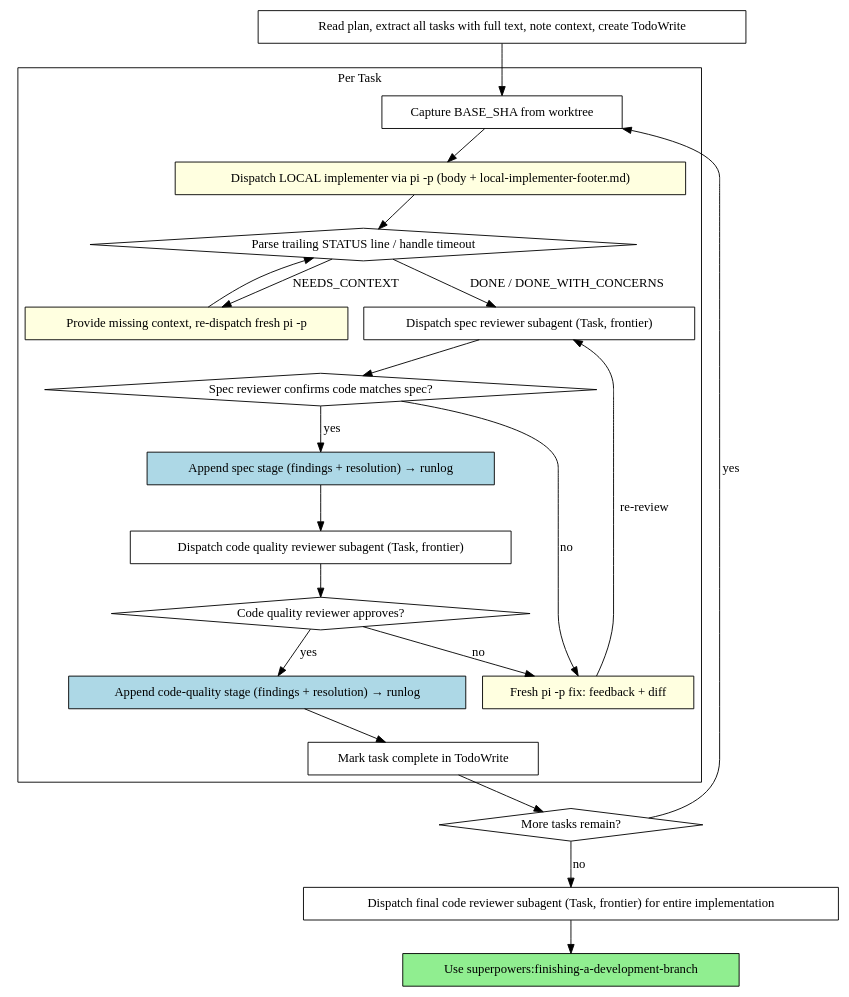
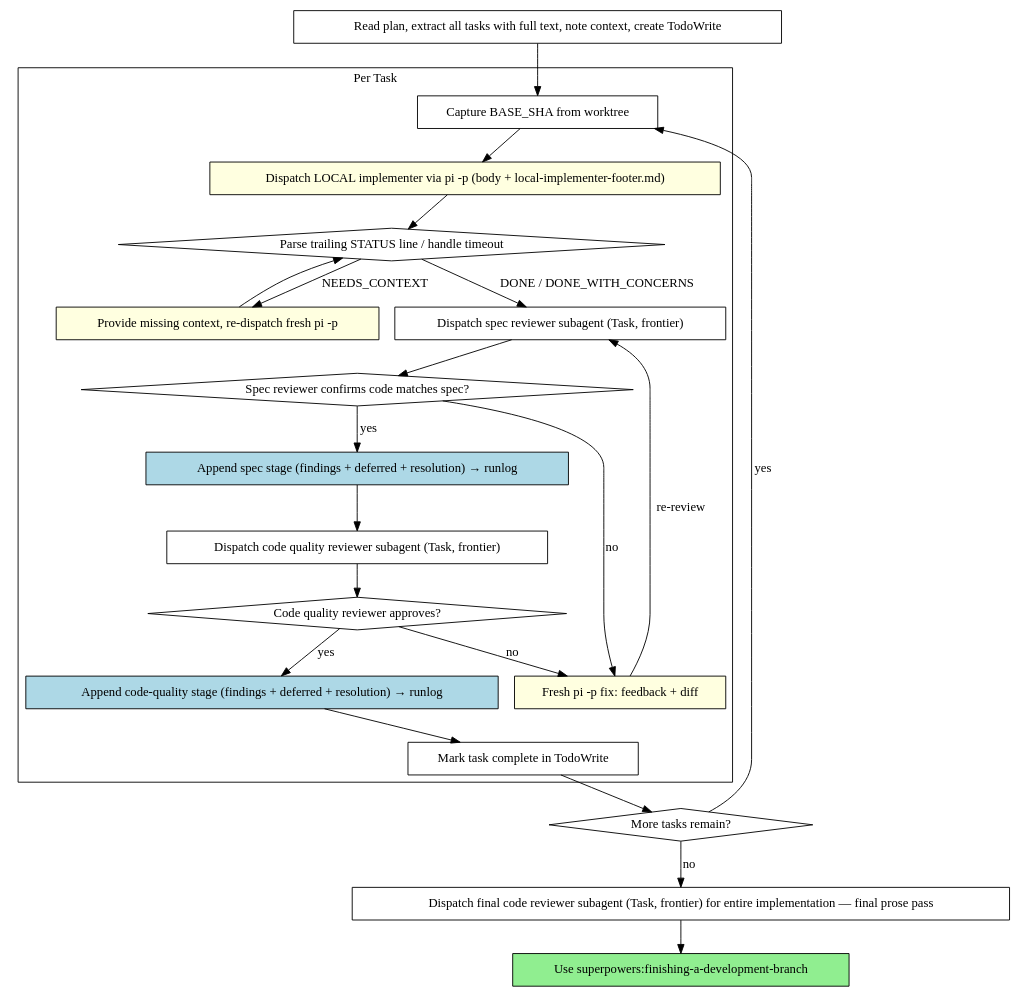
The diagram in skills/steward-local-sdd/SKILL.md (GeorgeLautenschlager/steward), drawn with Graphviz before and after one commit. The commit also changed other lines of this file and 1 other file, not shown here.

First line of the commit message:
Split the review bar: blocking correctness per round, prose once at the final pass (#29)

````diff
--- a/skills/steward-local-sdd/SKILL.md
+++ b/skills/steward-local-sdd/SKILL.md
@@ -92,46 +92,46 @@
 ```dot
 digraph process {
     rankdir=TB;
 
     subgraph cluster_per_task {
         label="Per Task";
         "Capture BASE_SHA from worktree" [shape=box];
         "Dispatch LOCAL implementer via pi -p (body + local-implementer-footer.md)" [shape=box style=filled fillcolor=lightyellow];
         "Parse trailing STATUS line / handle timeout" [shape=diamond];
         "Provide missing context, re-dispatch fresh pi -p" [shape=box style=filled fillcolor=lightyellow];
         "Dispatch spec reviewer subagent (Task, frontier)" [shape=box];
         "Spec reviewer confirms code matches spec?" [shape=diamond];
-        "Append spec stage (findings + resolution) → runlog" [shape=box style=filled fillcolor=lightblue];
+        "Append spec stage (findings + deferred + resolution) → runlog" [shape=box style=filled fillcolor=lightblue];
         "Fresh pi -p fix: feedback + diff" [shape=box style=filled fillcolor=lightyellow];
         "Dispatch code quality reviewer subagent (Task, frontier)" [shape=box];
         "Code quality reviewer approves?" [shape=diamond];
-        "Append code-quality stage (findings + resolution) → runlog" [shape=box style=filled fillcolor=lightblue];
+        "Append code-quality stage (findings + deferred + resolution) → runlog" [shape=box style=filled fillcolor=lightblue];
         "Mark task complete in TodoWrite" [shape=box];
     }
 
     "Read plan, extract all tasks with full text, note context, create TodoWrite" [shape=box];
     "More tasks remain?" [shape=diamond];
-    "Dispatch final code reviewer subagent (Task, frontier) for entire implementation" [shape=box];
+    "Dispatch final code reviewer subagent (Task, frontier) for entire implementation — final prose pass" [shape=box];
     "Use superpowers:finishing-a-development-branch" [shape=box style=filled fillcolor=lightgreen];
 
     "Read plan, extract all tasks with full text, note context, create TodoWrite" -> "Capture BASE_SHA from worktree";
     "Capture BASE_SHA from worktree" -> "Dispatch LOCAL implementer via pi -p (body + local-implementer-footer.md)";
     "Dispatch LOCAL implementer via pi -p (body + local-implementer-footer.md)" -> "Parse trailing STATUS line / handle timeout";
     "Parse trailing STATUS line / handle timeout" -> "Provide missing context, re-dispatch fresh pi -p" [label="NEEDS_CONTEXT"];
     "Provide missing context, re-dispatch fresh pi -p" -> "Parse trailing STATUS line / handle timeout";
     "Parse trailing STATUS line / handle timeout" -> "Dispatch spec reviewer subagent (Task, frontier)" [label="DONE / DONE_WITH_CONCERNS"];
     "Dispatch spec reviewer subagent (Task, frontier)" -> "Spec reviewer confirms code matches spec?";
     "Spec reviewer confirms code matches spec?" -> "Fresh pi -p fix: feedback + diff" [label="no"];
     "Fresh pi -p fix: feedback + diff" -> "Dispatch spec reviewer subagent (Task, frontier)" [label="re-review"];
-    "Spec reviewer confirms code matches spec?" -> "Append spec stage (findings + resolution) → runlog" [label="yes"];
-    "Append spec stage (findings + resolution) → runlog" -> "Dispatch code quality reviewer subagent (Task, frontier)";
+    "Spec reviewer confirms code matches spec?" -> "Append spec stage (findings + deferred + resolution) → runlog" [label="yes"];
+    "Append spec stage (findings + deferred + resolution) → runlog" -> "Dispatch code quality reviewer subagent (Task, frontier)";
     "Dispatch code quality reviewer subagent (Task, frontier)" -> "Code quality reviewer approves?";
     "Code quality reviewer approves?" -> "Fresh pi -p fix: feedback + diff" [label="no"];
-    "Code quality reviewer approves?" -> "Append code-quality stage (findings + resolution) → runlog" [label="yes"];
-    "Append code-quality stage (findings + resolution) → runlog" -> "Mark task complete in TodoWrite";
+    "Code quality reviewer approves?" -> "Append code-quality stage (findings + deferred + resolution) → runlog" [label="yes"];
+    "Append code-quality stage (findings + deferred + resolution) → runlog" -> "Mark task complete in TodoWrite";
     "Mark task complete in TodoWrite" -> "More tasks remain?";
     "More tasks remain?" -> "Capture BASE_SHA from worktree" [label="yes"];
-    "More tasks remain?" -> "Dispatch final code reviewer subagent (Task, frontier) for entire implementation" [label="no"];
-    "Dispatch final code reviewer subagent (Task, frontier) for entire implementation" -> "Use superpowers:finishing-a-development-branch";
+    "More tasks remain?" -> "Dispatch final code reviewer subagent (Task, frontier) for entire implementation — final prose pass" [label="no"];
+    "Dispatch final code reviewer subagent (Task, frontier) for entire implementation — final prose pass" -> "Use superpowers:finishing-a-development-branch";
 }
 ```
````
